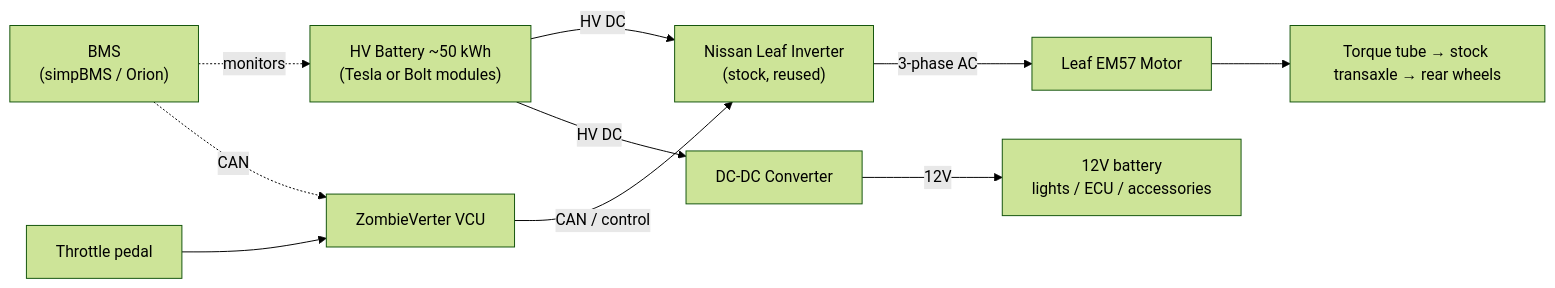
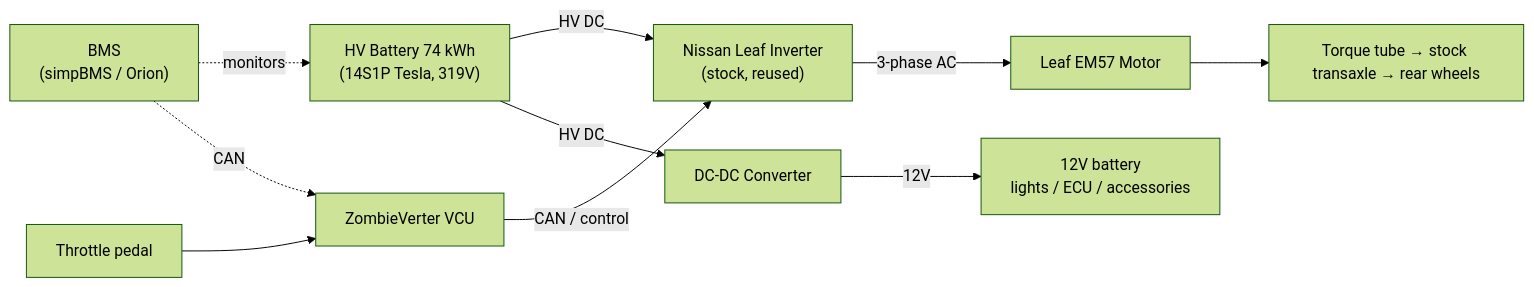
Before and after one commit to travisdetert/porsche-944-ev: the diagram in docs/drivetrain-diagrams.md, drawn with Mermaid (forest theme). The commit also changed other lines of this file and 7 other files, not shown here.

````diff
--- a/docs/drivetrain-diagrams.md
+++ b/docs/drivetrain-diagrams.md
@@ -114,22 +117,22 @@
 ```mermaid
 flowchart LR
-  HV["HV Battery ~50 kWh<br/>(Tesla or Bolt modules)"]
+  HV["HV Battery 74 kWh<br/>(14S1P Tesla, 319V)"]
   BMS["BMS<br/>(simpBMS / Orion)"]
   INV["Nissan Leaf Inverter<br/>(stock, reused)"]
   M["Leaf EM57 Motor"]
   VCU["ZombieVerter VCU"]
   THR["Throttle pedal"]
   DCDC["DC-DC Converter"]
   LV["12V battery<br/>lights / ECU / accessories"]
   DRV["Torque tube → stock transaxle → rear wheels"]
 
   HV -->|HV DC| INV
   INV -->|3-phase AC| M
   VCU -->|CAN / control| INV
   THR --> VCU
   BMS -. monitors .-> HV
   BMS -. CAN .-> VCU
   HV -->|HV DC| DCDC
   DCDC -->|12V| LV
   M --> DRV
 ```
````
